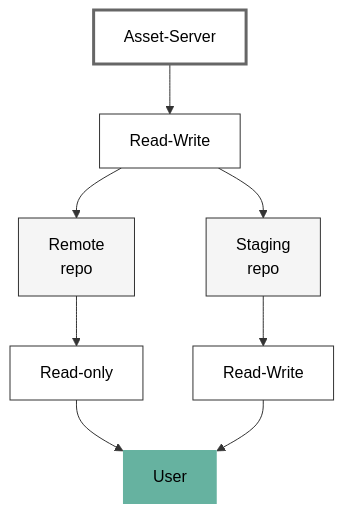
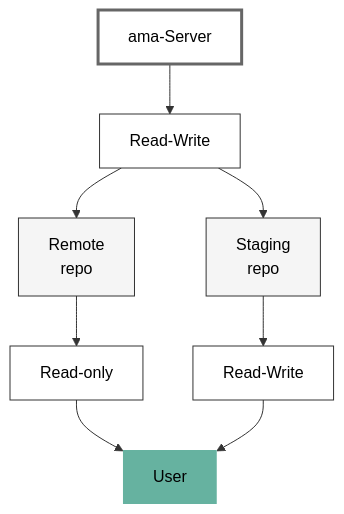
The third of 4 diagrams in docs/implementation/asset_upload/stage_content.md (Roche-CSI/ama), drawn with Mermaid before and after one commit. The commit also changed 1 other file, not shown here.

Commit message:
minor fix: added ama-server

````diff
--- a/docs/implementation/asset_upload/stage_content.md
+++ b/docs/implementation/asset_upload/stage_content.md
@@ -96,23 +96,23 @@
 ```mermaid
 graph TD
-    AssetServer["Asset-Server"] --> ReadWrite1["Read-Write"]
+    AssetServer["ama-Server"] --> ReadWrite1["Read-Write"]
     ReadWrite1 --> RemoteRepo["Remote
     repo"]
     ReadWrite1 --> StagingRepo["Staging
     repo"]
     RemoteRepo --> ReadOnly["Read-only"]
     StagingRepo --> ReadWrite2["Read-Write"]
     ReadOnly --> User
     ReadWrite2 --> User
     
     %% Styling
     classDef server fill:white,stroke:#666,stroke-width:3px,color:black
     classDef access fill:white,stroke:#333,stroke-width:1px,color:black
     classDef repo fill:#f5f5f5,stroke:#333,stroke-width:1px,color:black
     classDef user fill:#66B2A0,stroke:none,color:black
     
     class AssetServer server
     class ReadWrite1,ReadOnly,ReadWrite2 access
     class RemoteRepo,StagingRepo repo
     class User user
 ```
````
